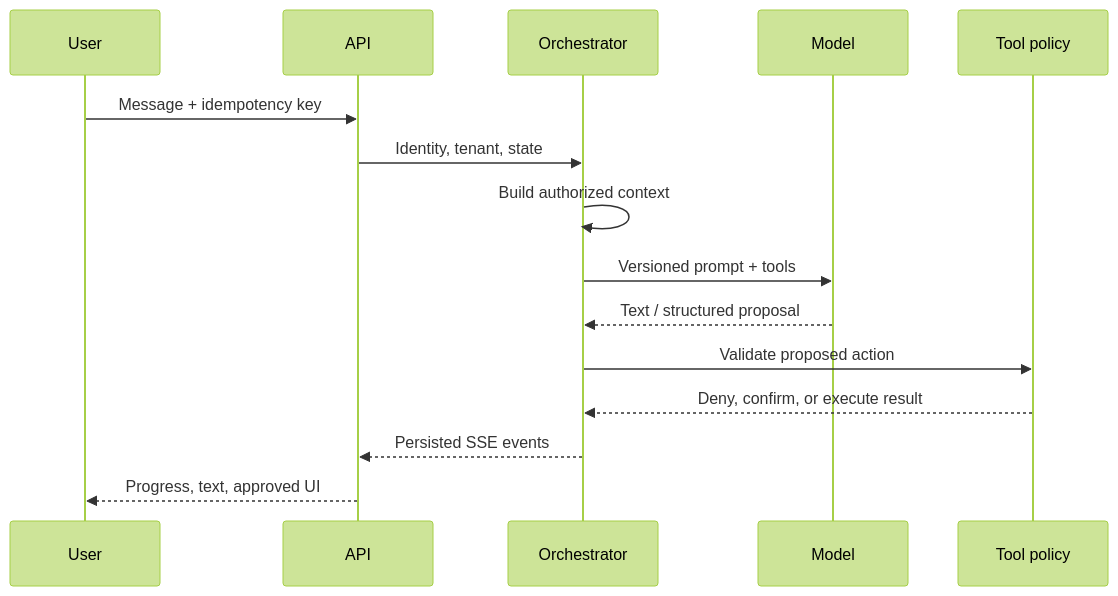
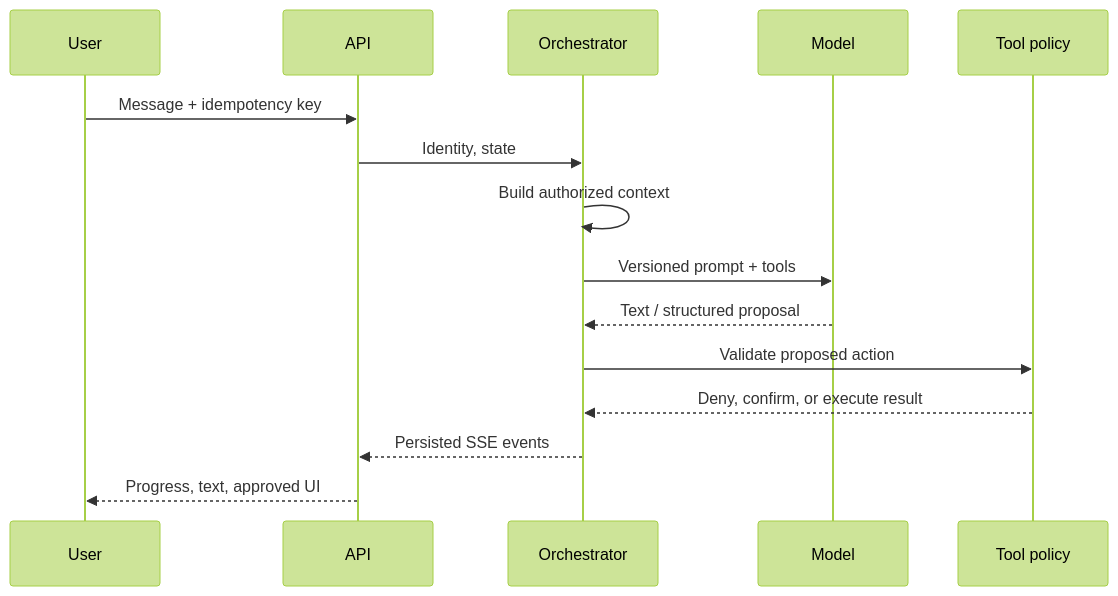
The second of 10 diagrams in docs/architecture/diagrams.md (casteleti/ai-chat-agency), drawn with Mermaid (forest theme) before and after one commit. The commit also changed other lines of this file and 55 other files, not shown here.

````diff
--- a/docs/architecture/diagrams.md
+++ b/docs/architecture/diagrams.md
@@ -24,17 +24,17 @@
 ```mermaid
 sequenceDiagram
   participant U as User
   participant A as API
   participant O as Orchestrator
   participant M as Model
   participant T as Tool policy
   U->>A: Message + idempotency key
-  A->>O: Identity, tenant, state
+  A->>O: Identity, state
   O->>O: Build authorized context
   O->>M: Versioned prompt + tools
   M-->>O: Text / structured proposal
   O->>T: Validate proposed action
   T-->>O: Deny, confirm, or execute result
   O-->>A: Persisted SSE events
   A-->>U: Progress, text, approved UI
 ```
````
